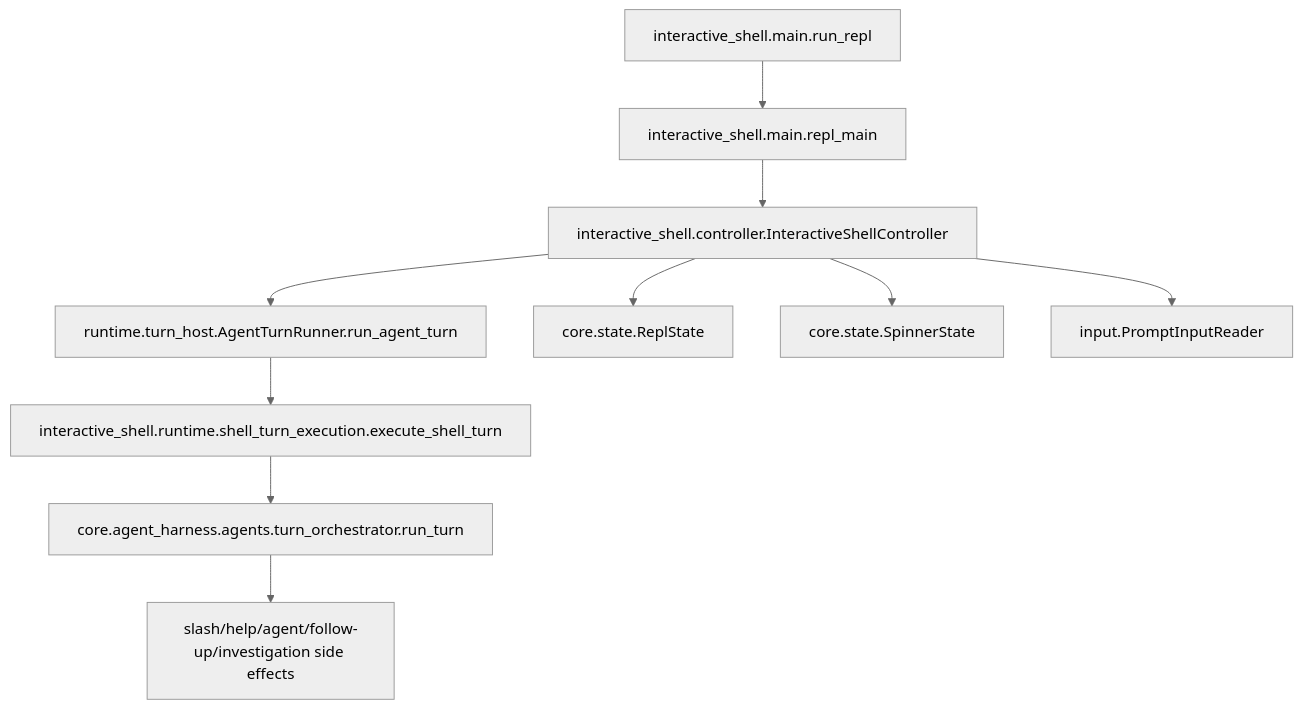
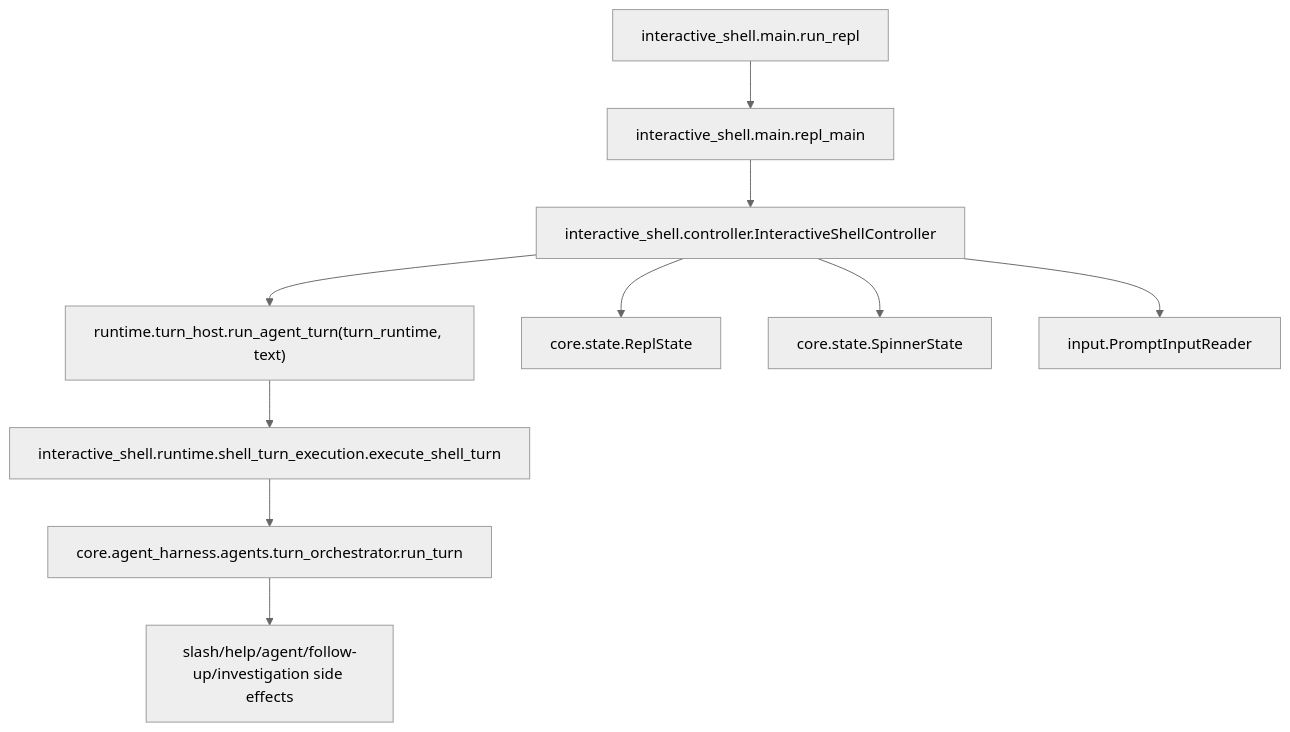
The diagram in surfaces/interactive_shell/runtime/AGENTS.md (Tracer-Cloud/open-sre-agent), drawn with Mermaid (neutral theme) before and after one commit. The commit also changed other lines of this file and 19 other files, not shown here.

````diff
--- a/surfaces/interactive_shell/runtime/AGENTS.md
+++ b/surfaces/interactive_shell/runtime/AGENTS.md
@@ -95,12 +97,12 @@
 ```mermaid
 flowchart TD
   runRepl["interactive_shell.main.run_repl"] --> replMain["interactive_shell.main.repl_main"]
   replMain --> controller["interactive_shell.controller.InteractiveShellController"]
-  controller --> turnHost["runtime.turn_host.AgentTurnRunner.run_agent_turn"]
+  controller --> turnHost["runtime.turn_host.run_agent_turn(turn_runtime, text)"]
   turnHost --> turnEntry["interactive_shell.runtime.shell_turn_execution.execute_shell_turn"]
   turnEntry --> coreHarness["core.agent_harness.agents.turn_orchestrator.run_turn"]
   coreHarness --> sideEffects["slash/help/agent/follow-up/investigation side effects"]
   controller --> replState["core.state.ReplState"]
   controller --> spinnerState["core.state.SpinnerState"]
   controller --> inputReader["input.PromptInputReader"]
 ```
````
